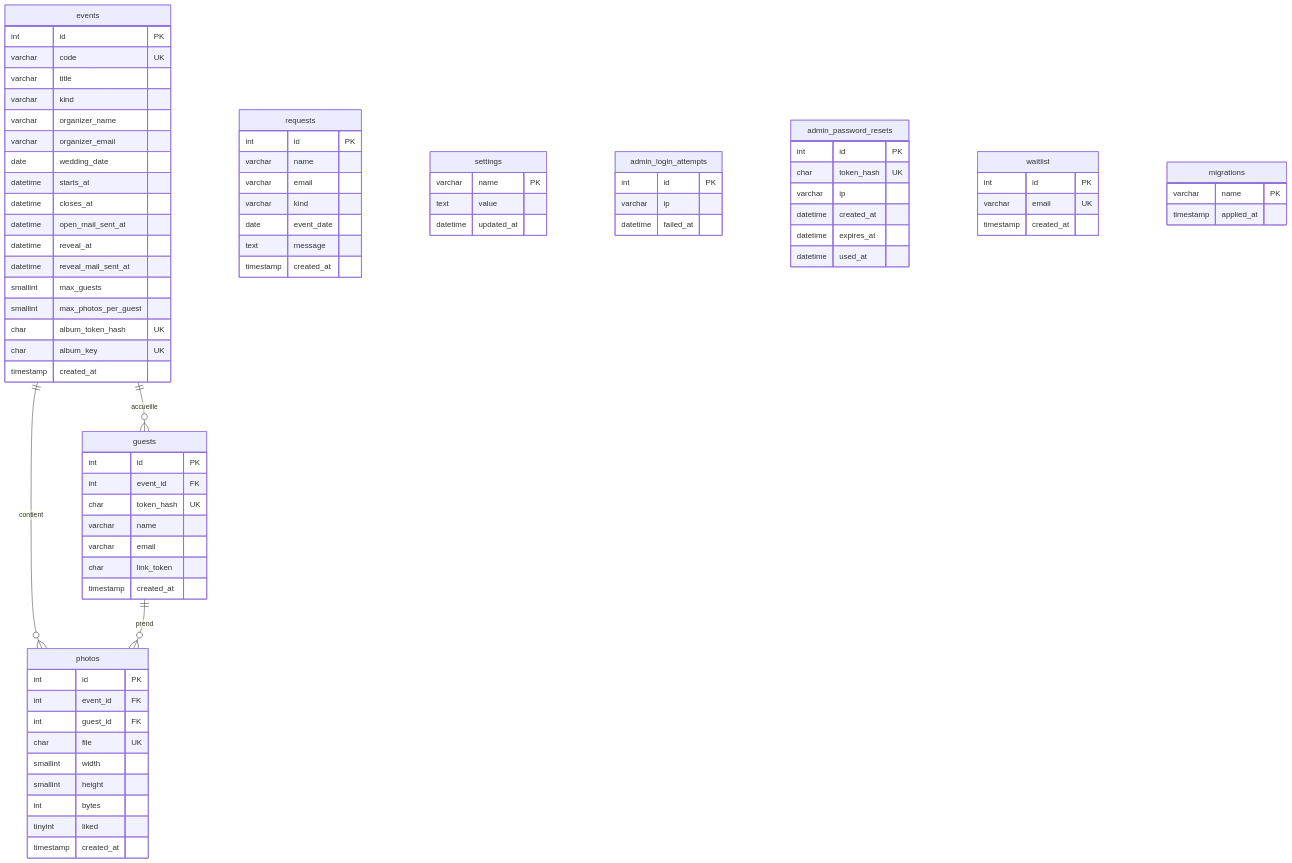
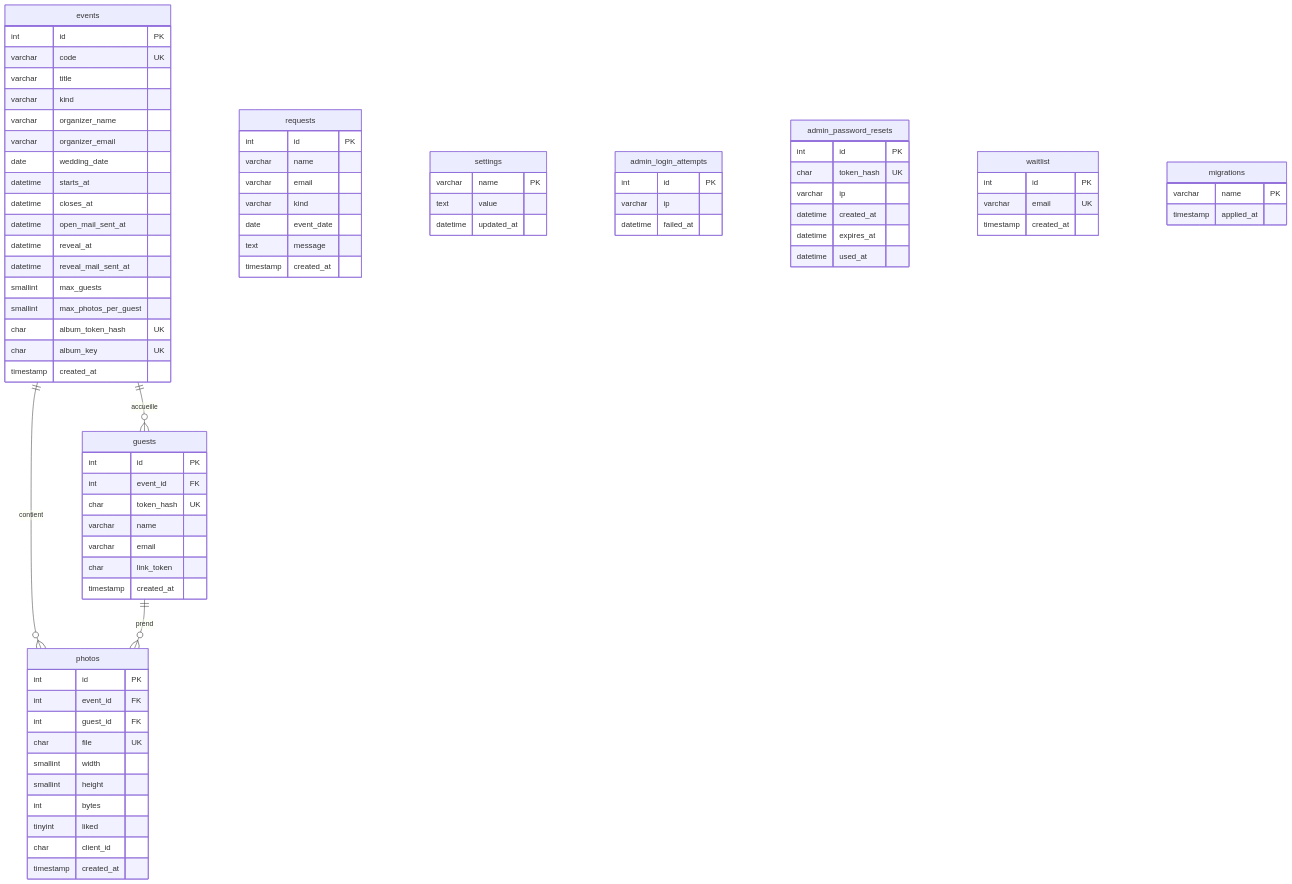
The fourth of 6 diagrams in docs/SDD.md (fsvoboda/OuiSnap), drawn with Mermaid before and after one commit. The commit also changed other lines of this file and 17 other files, not shown here.

```diff
--- a/docs/SDD.md
+++ b/docs/SDD.md
@@ -512,6 +630,7 @@
     smallint height
     int bytes
     tinyint liked
+    char client_id
     timestamp created_at
   }
   requests {
```
